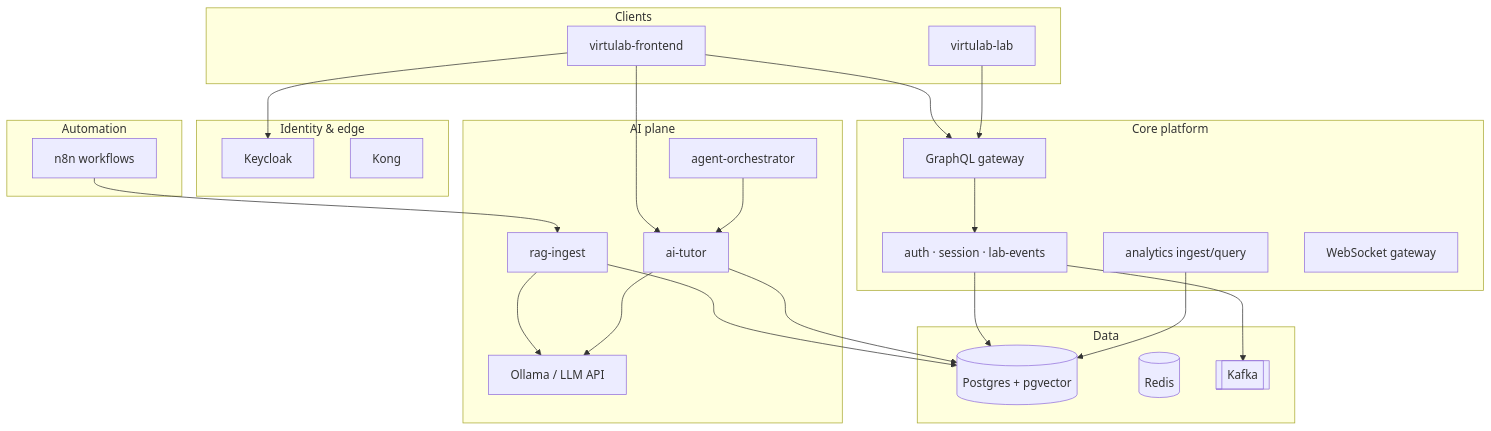
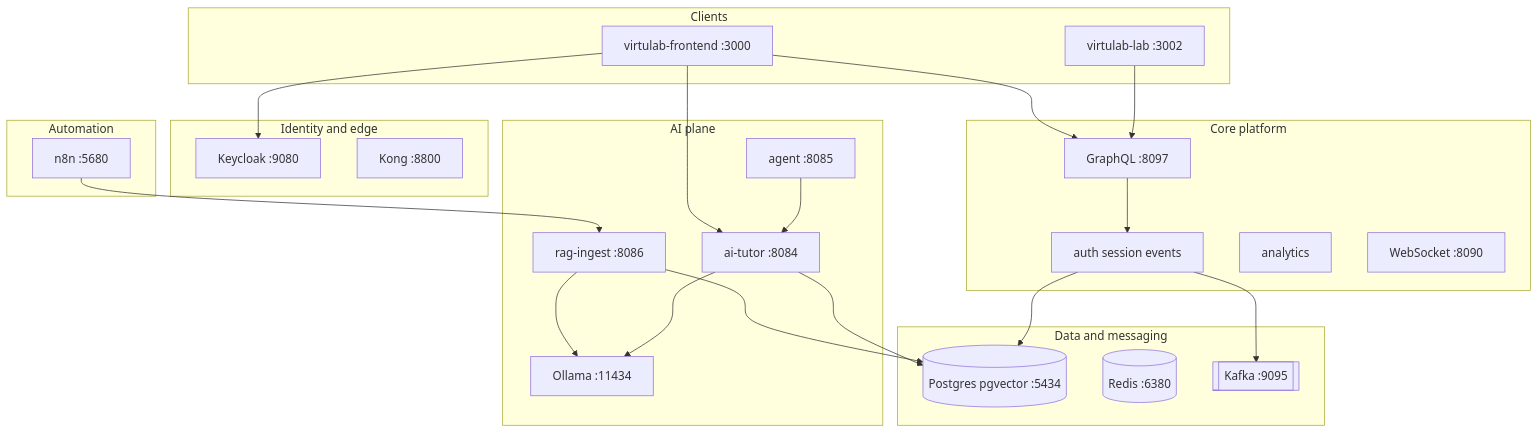
Before and after one commit to dseevs/Rag-GenAI-n8n-AgenticAI: the diagram in README.md, drawn with Mermaid. The commit also changed other lines of this file and 5 other files, not shown here.

````diff
--- a/README.md
+++ b/README.md
@@ -26,51 +67,50 @@
 ```mermaid
 flowchart TB
   subgraph clients [Clients]
-    WEB[virtulab-frontend]
-    LAB[virtulab-lab]
+    WEB[virtulab-frontend :3000]
+    LAB[virtulab-lab :3002]
   end
 
-  subgraph edge [Identity & edge]
-    KC[Keycloak]
-    KONG[Kong]
+  subgraph edge [Identity and edge]
+    KC[Keycloak :9080]
+    KONG[Kong :8800]
   end
 
   subgraph core [Core platform]
-    GQL[GraphQL gateway]
-    AUTH[auth · session · lab-events]
-    AN[analytics ingest/query]
-    WS[WebSocket gateway]
+    GQL[GraphQL :8097]
+    AUTH[auth session events]
+    AN[analytics]
+    WS[WebSocket :8090]
   end
 
   subgraph ai [AI plane]
-    RAG[rag-ingest]
-    TUTOR[ai-tutor]
-    AGENT[agent-orchestrator]
-    LLM[Ollama / LLM API]
+    RAG[rag-ingest :8086]
+    TUTOR[ai-tutor :8084]
+    AGENT[agent :8085]
+    OL[Ollama :11434]
   end
 
   subgraph auto [Automation]
-    N8N[n8n workflows]
+    N8N[n8n :5680]
   end
 
-  subgraph data [Data]
-    PG[(Postgres + pgvector)]
-    REDIS[(Redis)]
-    KAFKA[[Kafka]]
+  subgraph data [Data and messaging]
+    PG[(Postgres pgvector :5434)]
+    REDIS[(Redis :6380)]
+    KAFKA[[Kafka :9095]]
   end
 
   WEB --> KC
   WEB --> GQL
   WEB --> TUTOR
   LAB --> GQL
   GQL --> AUTH
   AUTH --> PG
   AUTH --> KAFKA
   RAG --> PG
-  RAG --> LLM
+  RAG --> OL
   TUTOR --> PG
-  TUTOR --> LLM
+  TUTOR --> OL
   AGENT --> TUTOR
   N8N --> RAG
-  AN --> PG
 ```
````
